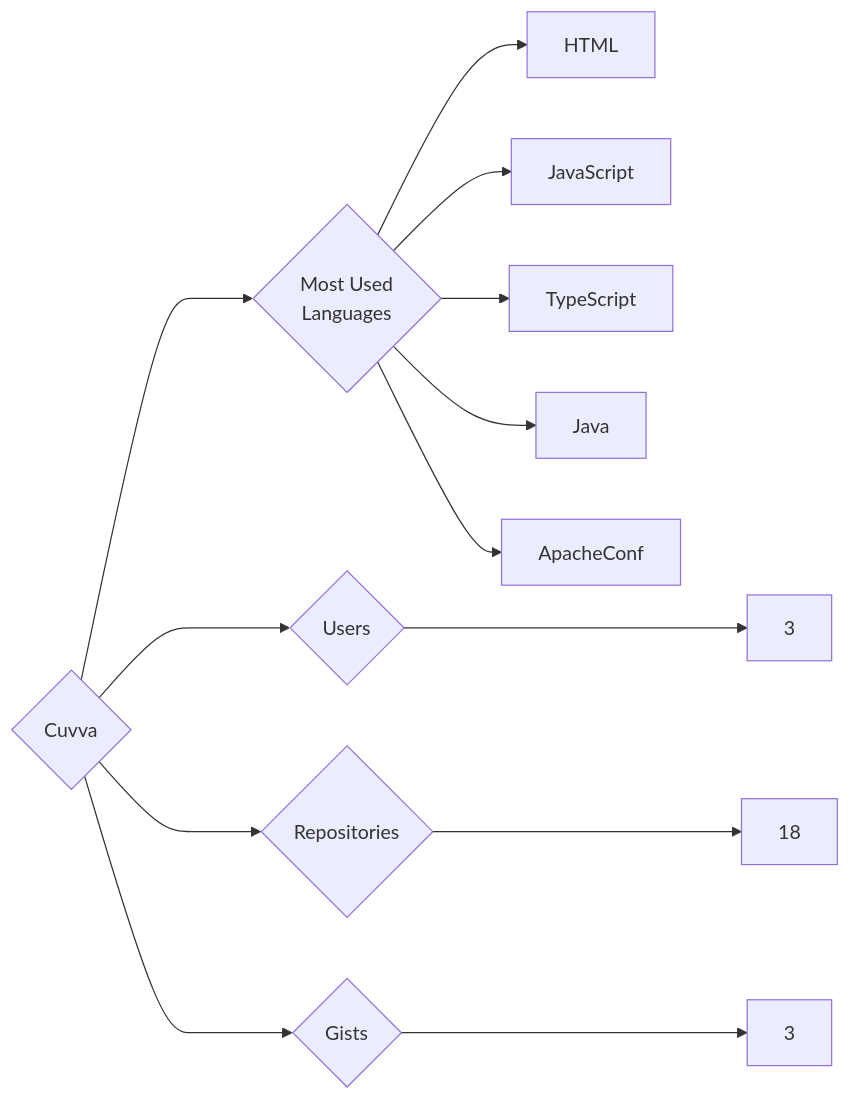
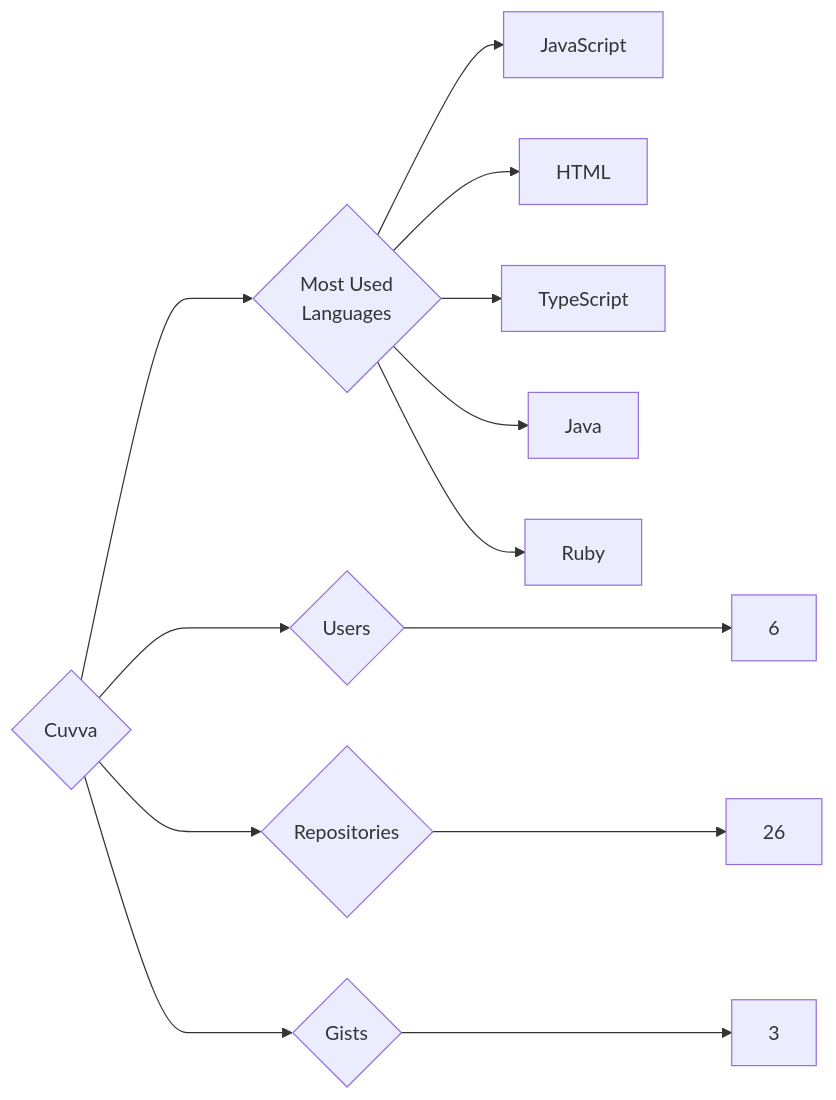
Before and after one commit to trickest/insiders: the diagram in targets/Cuvva/README.md, drawn with Mermaid. The commit also changed 859 other files, not shown here.

````diff
--- a/targets/Cuvva/README.md
+++ b/targets/Cuvva/README.md
@@ -3,13 +3,13 @@
 ```mermaid
 graph LR
 COMPANY_NAME{Cuvva}
-COMPANY_NAME ---> U{Users} ---> UN[3]
-COMPANY_NAME ---> R{Repositories} ---> RN[18]
+COMPANY_NAME ---> U{Users} ---> UN[6]
+COMPANY_NAME ---> R{Repositories} ---> RN[26]
 COMPANY_NAME ---> G{Gists} ---> GN[3]
 COMPANY_NAME ---> ML{Most Used<br>Languages}
+ML --> JavaScript[JavaScript]
 ML --> HTML[HTML]
-ML --> JavaScript[JavaScript]
 ML --> TypeScript[TypeScript]
 ML --> Java[Java]
-ML --> ApacheConf[ApacheConf]
+ML --> Ruby[Ruby]
 ```
````
